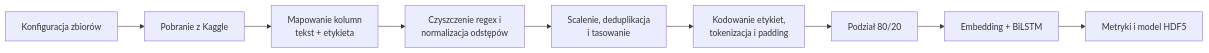
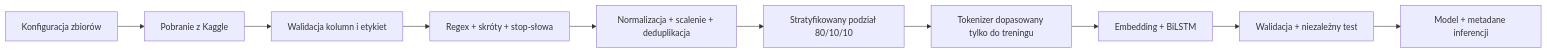
One commit to Kamilr616/Emotion_sentiment_analysis changed the diagram in docs/TECHNICAL_DOCUMENTATION.pl.md. Above: the diagram before and after it, drawn with Mermaid. The commit also changed other lines of this file and 4 other files, not shown here.

````diff
--- a/docs/TECHNICAL_DOCUMENTATION.pl.md
+++ b/docs/TECHNICAL_DOCUMENTATION.pl.md
@@ -12,11 +13,12 @@
-```mermaid
+~~~mermaid
 flowchart LR
     CFG["Konfiguracja zbiorów"] --> KG["Pobranie z Kaggle"]
-    KG --> MAP["Mapowanie kolumn<br/>tekst + etykieta"]
-    MAP --> CLEAN["Czyszczenie regex i<br/>normalizacja odstępów"]
-    CLEAN --> MERGE["Scalenie, deduplikacja<br/>i tasowanie"]
-    MERGE --> ENC["Kodowanie etykiet,<br/>tokenizacja i padding"]
-    ENC --> SPLIT["Podział 80/20"]
-    SPLIT --> MODEL["Embedding + BiLSTM"]
-    MODEL --> REPORT["Metryki i model HDF5"]
-```
+    KG --> MAP["Walidacja kolumn i etykiet"]
+    MAP --> CLEAN["Regex + skróty + stop-słowa"]
+    CLEAN --> MERGE["Normalizacja + scalenie + deduplikacja"]
+    MERGE --> SPLIT["Stratyfikowany podział 80/10/10"]
+    SPLIT --> TOK["Tokenizer dopasowany tylko do treningu"]
+    TOK --> MODEL["Embedding + BiLSTM"]
+    MODEL --> EVAL["Walidacja + niezależny test"]
+    EVAL --> ART["Model + metadane inferencji"]
+~~~
````
